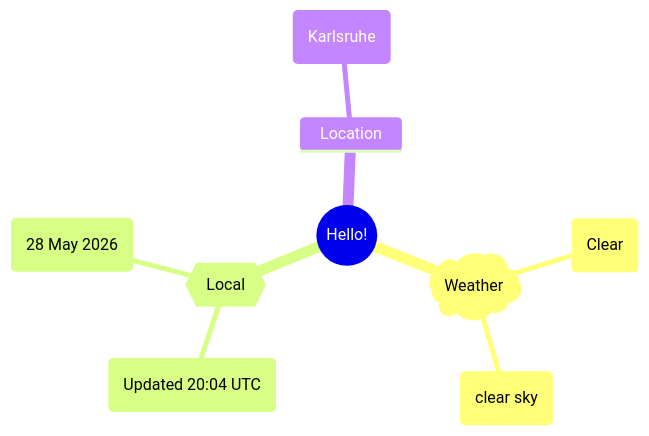
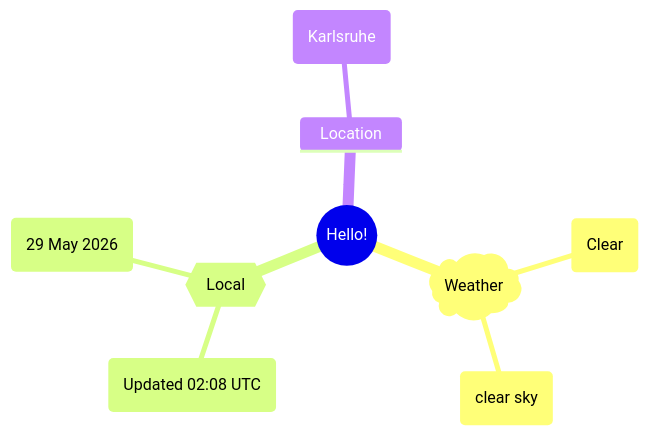
The first of 2 diagrams in README.md (Xosrov/Xosrov), drawn with Mermaid before and after one commit.

Commit message:
[bot] updated images

````diff
--- a/README.md
+++ b/README.md
@@ -3,12 +3,12 @@
 ```mermaid
 mindmap
   root((Hello!))
     )Weather(
         (Clear)
         (clear sky)
     {{Local}}
-        (Updated 20:04 UTC)
-        (28 May 2026)
+        (Updated 02:08 UTC)
+        (29 May 2026)
     Location
         (Karlsruhe)
 ```
````
